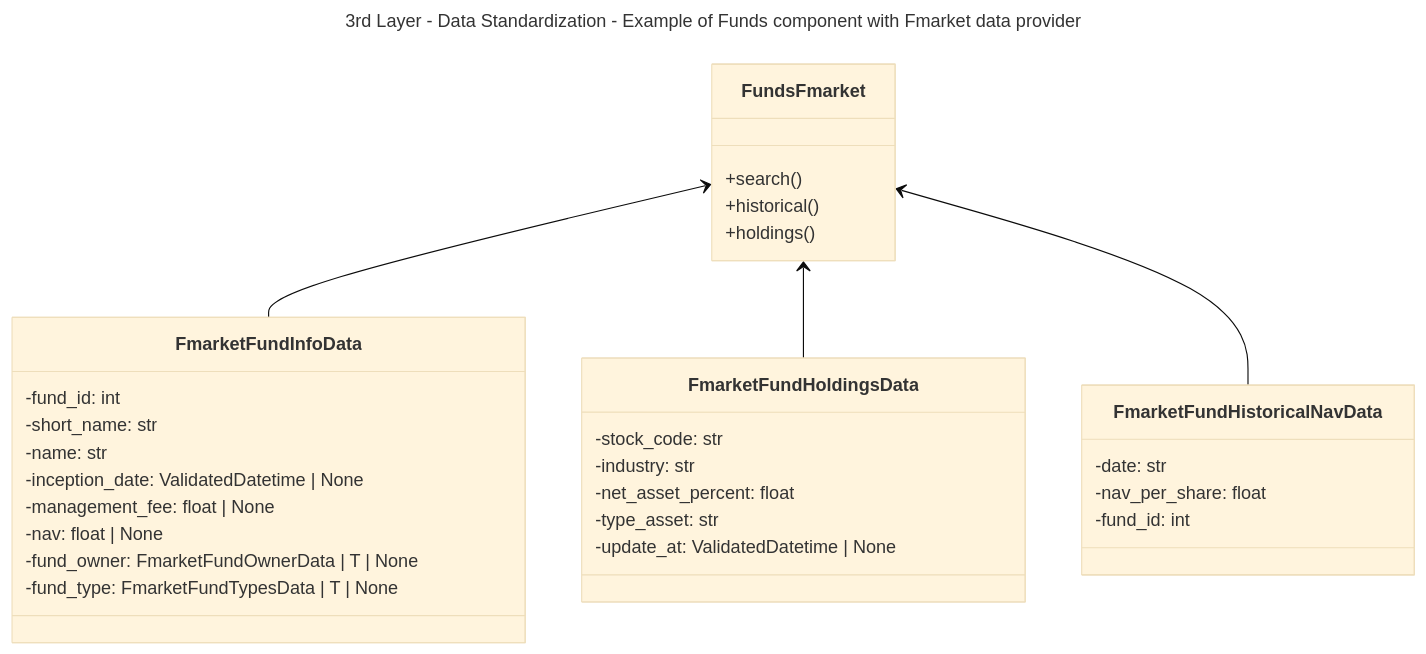
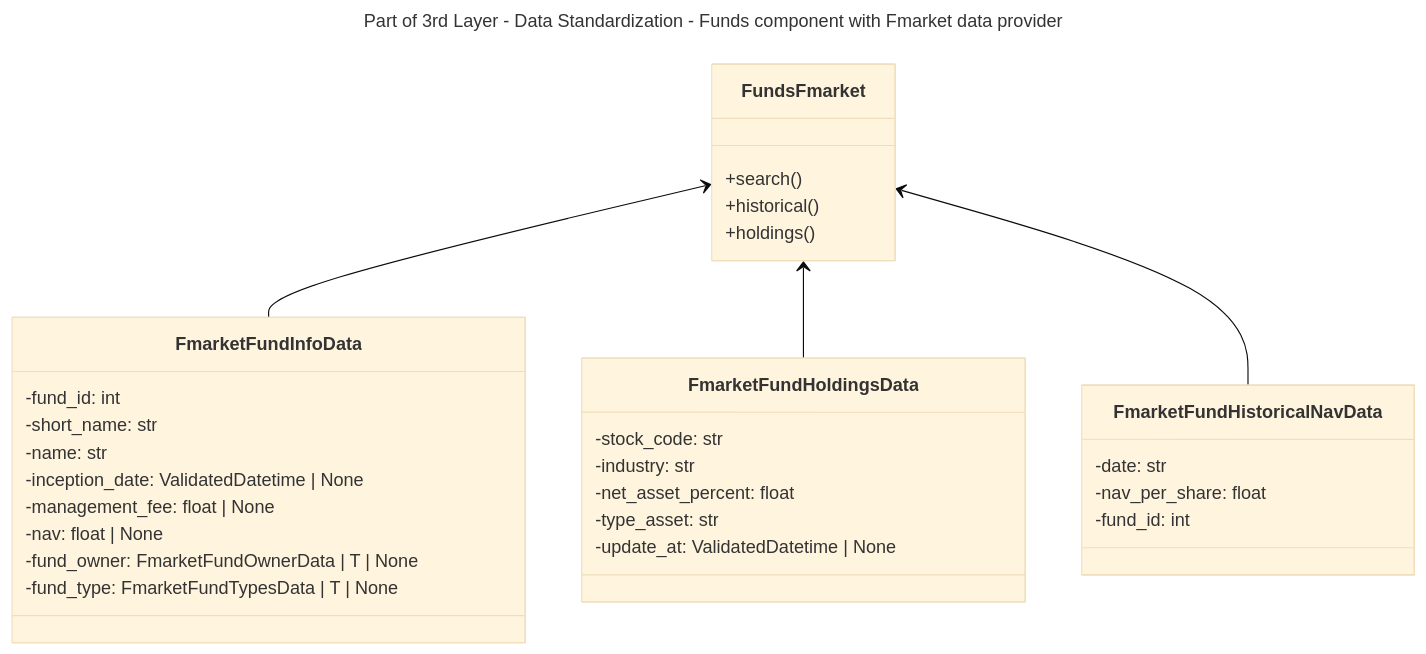
Before and after one commit to vietfin/vietfin: the third of 4 diagrams in CONTRIBUTING.md, drawn with Mermaid (base theme). The commit also changed other lines of this file and 1 other file, not shown here.

Commit message:
chores: fix typo in docs

````diff
--- a/CONTRIBUTING.md
+++ b/CONTRIBUTING.md
@@ -180,38 +180,38 @@
 ```mermaid
 ---
-title: 3rd Layer - Data Standardization - Example of Funds component with Fmarket data provider
+title: Part of 3rd Layer - Data Standardization - Funds component with Fmarket data provider
 ---
 classDiagram
     class FundsFmarket {
         +search()
         +historical()
         +holdings()
     }
 
     class FmarketFundInfoData {
         -fund_id: int
         -short_name: str
         -name: str
         -inception_date: ValidatedDatetime | None
         -management_fee: float | None
         -nav: float | None
         -fund_owner: FmarketFundOwnerData | T | None
         -fund_type: FmarketFundTypesData | T | None
     }
     class FmarketFundHoldingsData {
         -stock_code: str
         -industry: str
         -net_asset_percent: float
         -type_asset: str
         -update_at: ValidatedDatetime | None
     }
     class FmarketFundHistoricalNavData {
         -date: str
         -nav_per_share: float
         -fund_id: int
     }
 
     FundsFmarket <-- FmarketFundInfoData
     FundsFmarket <-- FmarketFundHoldingsData
     FundsFmarket <-- FmarketFundHistoricalNavData
 ```
````
